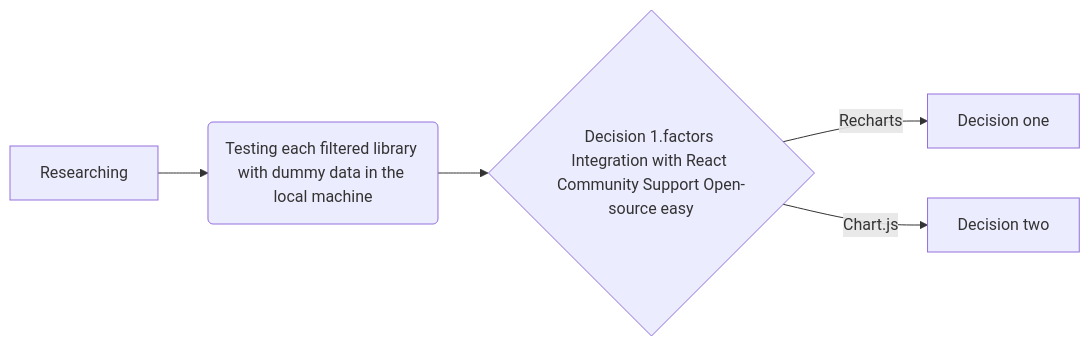
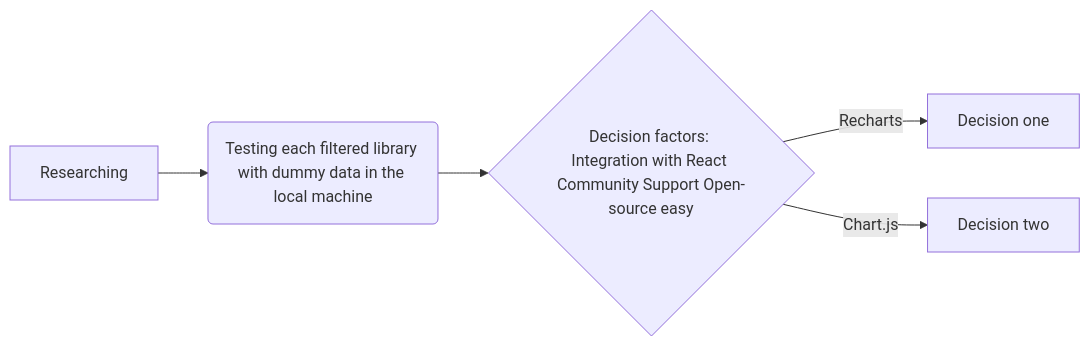
The diagram in Visualization Librarires.md (Khosiyat/Decision-Making-Process-Document), drawn with Mermaid before and after one commit.

Commit message:
Update Visualization Librarires.md

````diff
--- a/Visualization Librarires.md
+++ b/Visualization Librarires.md
@@ -4,7 +4,7 @@
 ```mermaid
 graph LR
 A[Researching] -->B(Testing each filtered library with dummy data in the local machine)
-    B --> C{Decision 1.factors Integration with React Community Support Open-source easy}
+    B --> C{Decision factors: Integration with React Community Support Open-source easy}
     C -->|Recharts| D[Decision one]
     C -->|Chart.js| E[Decision two]
 ```
````
